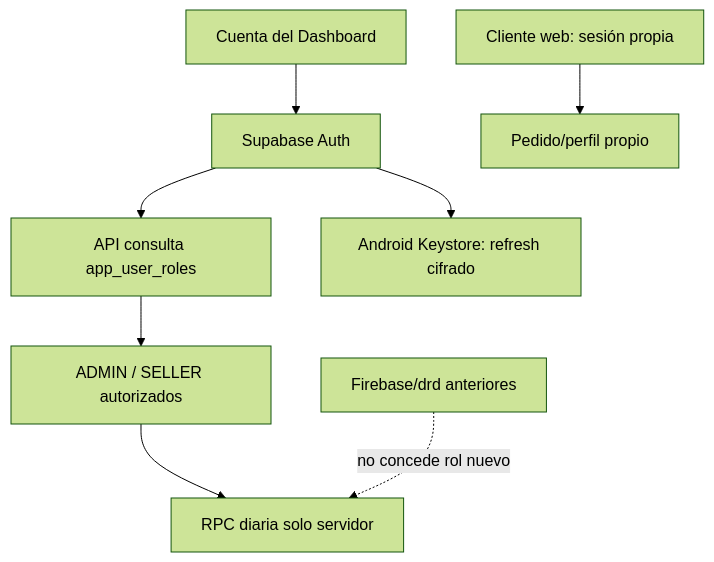
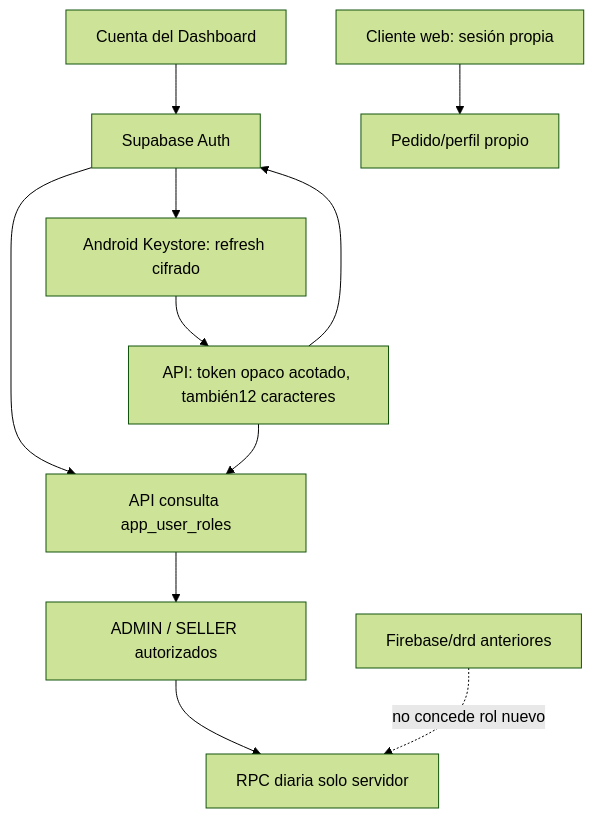
One commit to NotKingbryanPY/donas-racha changed the diagram in docs/knowledge/diagrams/05-identities.mmd. Above: the diagram before and after it, drawn with Mermaid (forest theme). The commit also changed 17 other files, not shown here.

```diff
--- a/docs/knowledge/diagrams/05-identities.mmd
+++ b/docs/knowledge/diagrams/05-identities.mmd
@@ -1,7 +1,10 @@
 flowchart TD
   staff["Cuenta del Dashboard"] --> auth["Supabase Auth"]
   auth --> role["API consulta app_user_roles"]
   role --> allowed["ADMIN / SELLER autorizados"] --> daily["RPC diaria solo servidor"]
   auth --> refresh["Android Keystore: refresh cifrado"]
+  refresh --> renewal["API: token opaco acotado, también12 caracteres"]
+  renewal --> auth
+  renewal --> role
   customer["Cliente web: sesión propia"] --> private["Pedido/perfil propio"]
   old["Firebase/drd anteriores"] -. no concede rol nuevo .-> daily
```
